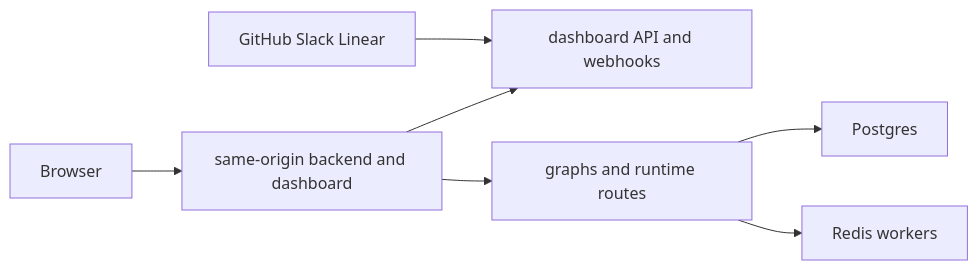
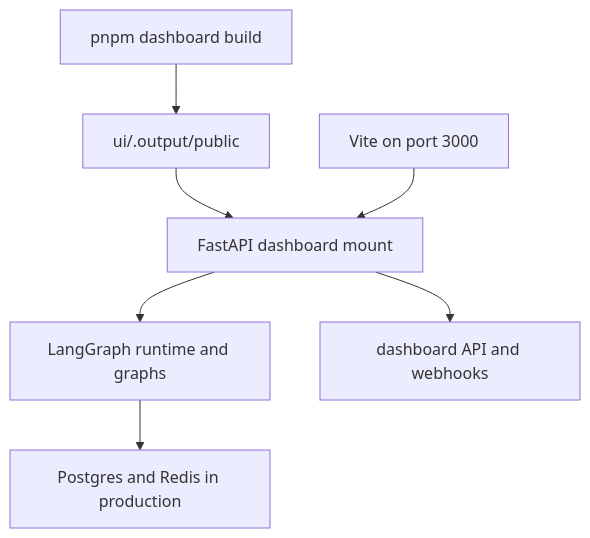
One commit to langchain-ai/open-swe changed the diagram in openwiki/operations/deployment.md. Above: the diagram before and after it, drawn with Mermaid. The commit also changed other lines of this file and 51 other files, not shown here.

````diff
--- a/openwiki/operations/deployment.md
+++ b/openwiki/operations/deployment.md
@@ -135,9 +73,9 @@
 ```mermaid
-flowchart LR
-  User["Browser"] --> Origin["same-origin backend and dashboard"]
-  Origin --> FastAPI["dashboard API and webhooks"]
-  Origin --> LangGraph["graphs and runtime routes"]
-  LangGraph --> Postgres["Postgres"]
-  LangGraph --> Redis["Redis workers"]
-  Webhook["GitHub Slack Linear"] --> FastAPI
+flowchart TD
+  Build["pnpm dashboard build"] --> Public["ui/.output/public"]
+  Public --> Backend["FastAPI dashboard mount"]
+  DevUI["Vite on port 3000"] --> Backend
+  Backend --> Runtime["LangGraph runtime and graphs"]
+  Backend --> API["dashboard API and webhooks"]
+  Runtime --> Services["Postgres and Redis in production"]
 ```
````
